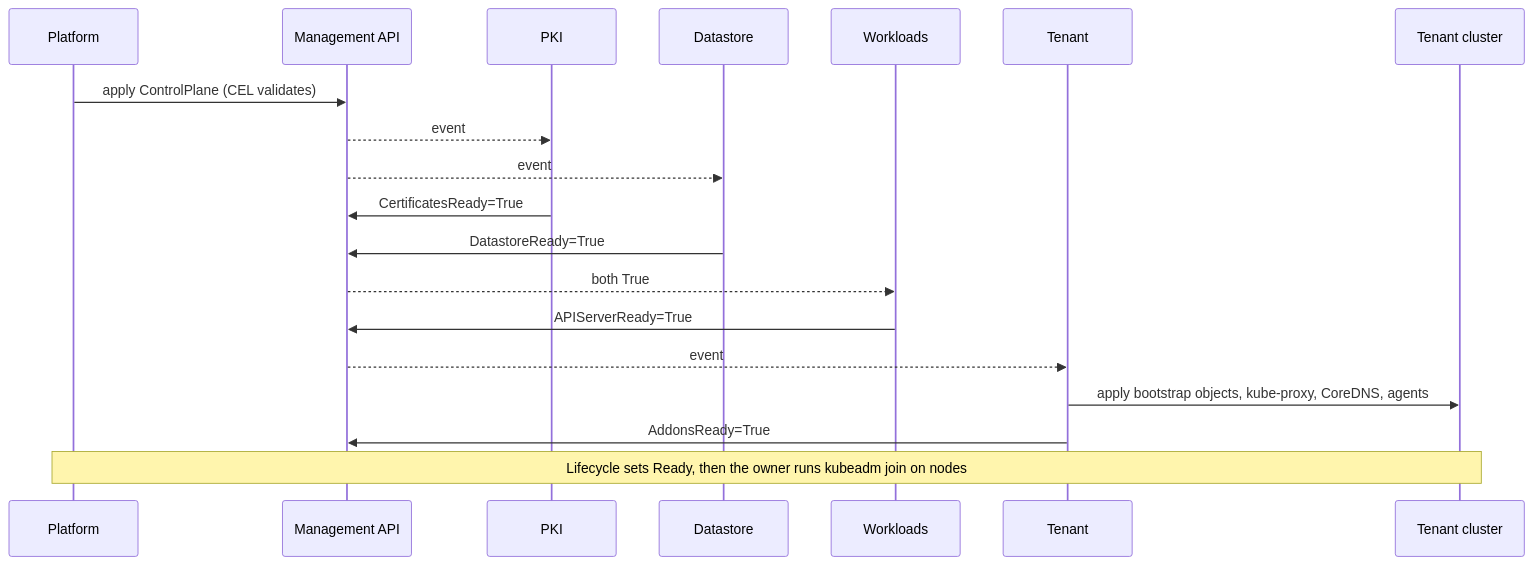
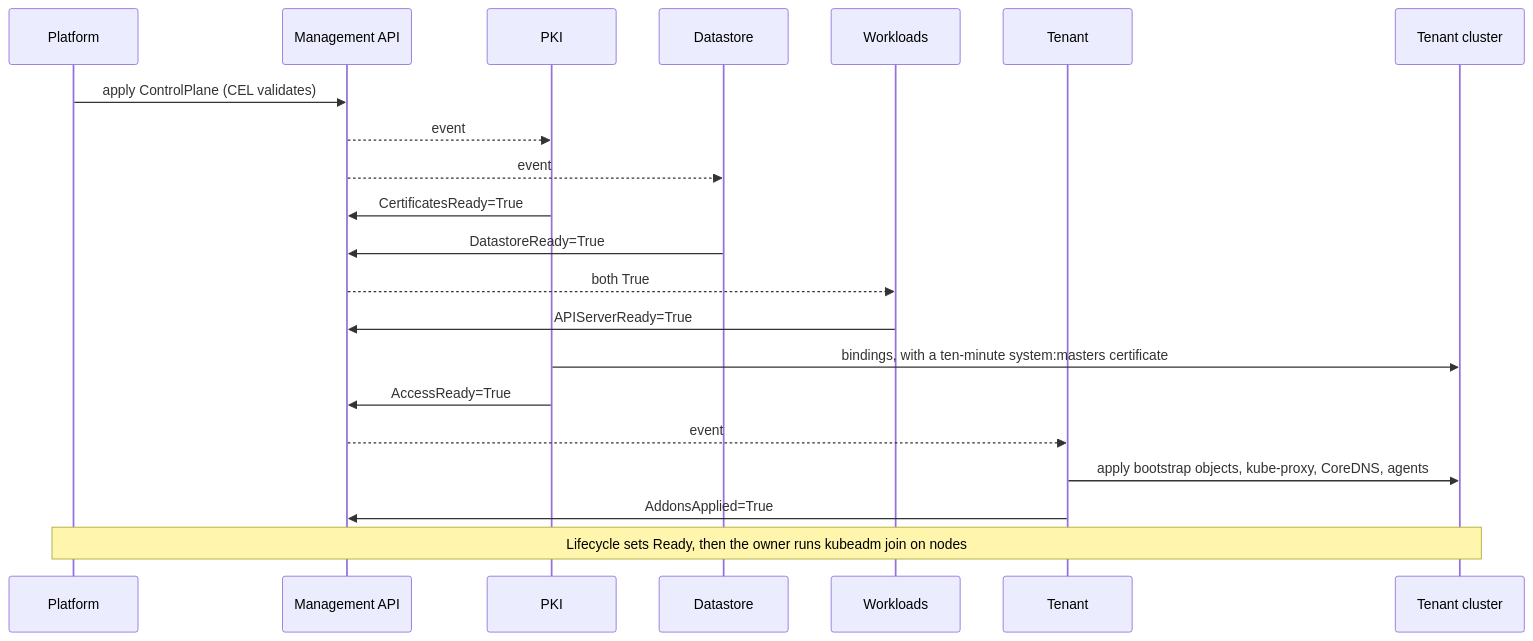
Before and after one commit to lodia-io/lodia: the second of 7 diagrams in docs/README.md, drawn with Mermaid. The commit also changed other lines of this file and 18 other files, not shown here.

````diff
--- a/docs/README.md
+++ b/docs/README.md
@@ -77,21 +78,23 @@
 ```mermaid
 sequenceDiagram
   participant U as Platform
   participant API as Management API
   participant PKI
   participant DS as Datastore
   participant WL as Workloads
   participant TN as Tenant
   participant T as Tenant cluster
   U->>API: apply ControlPlane (CEL validates)
   API-->>PKI: event
   API-->>DS: event
   PKI->>API: CertificatesReady=True
   DS->>API: DatastoreReady=True
   API-->>WL: both True
   WL->>API: APIServerReady=True
+  PKI->>T: bindings, with a ten-minute system:masters certificate
+  PKI->>API: AccessReady=True
   API-->>TN: event
   TN->>T: apply bootstrap objects, kube-proxy, CoreDNS, agents
-  TN->>API: AddonsReady=True
+  TN->>API: AddonsApplied=True
   Note over U,T: Lifecycle sets Ready, then the owner runs kubeadm join on nodes
 ```
````
